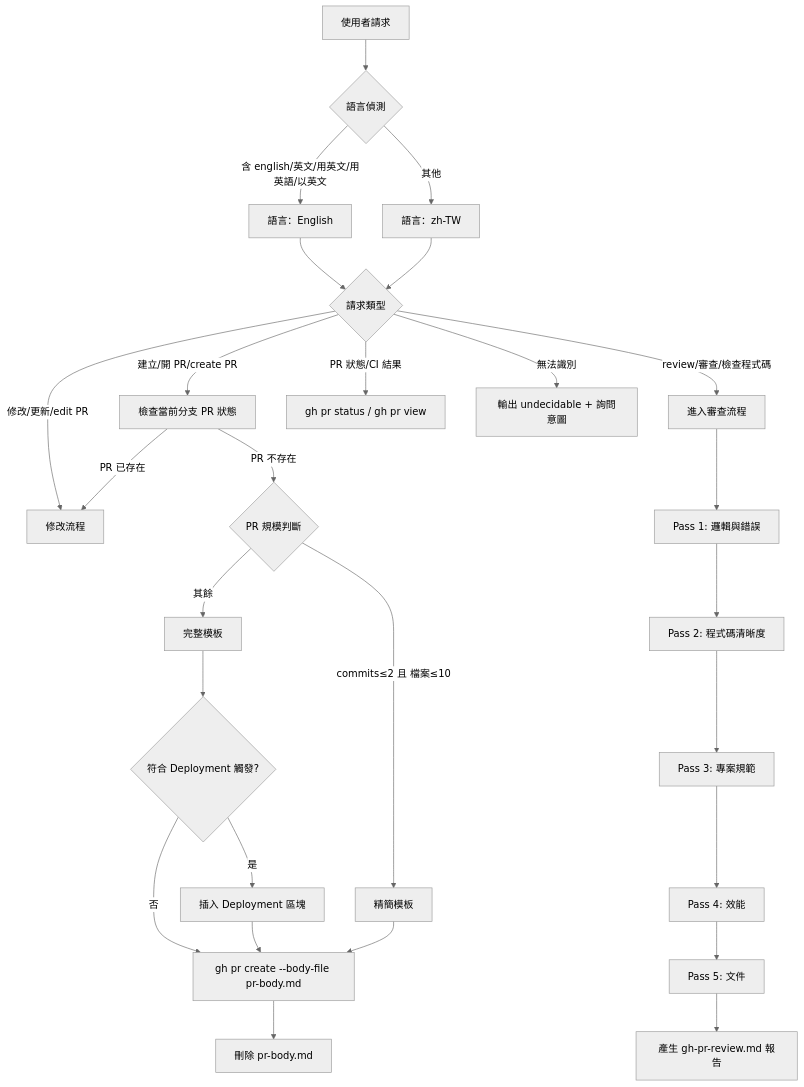
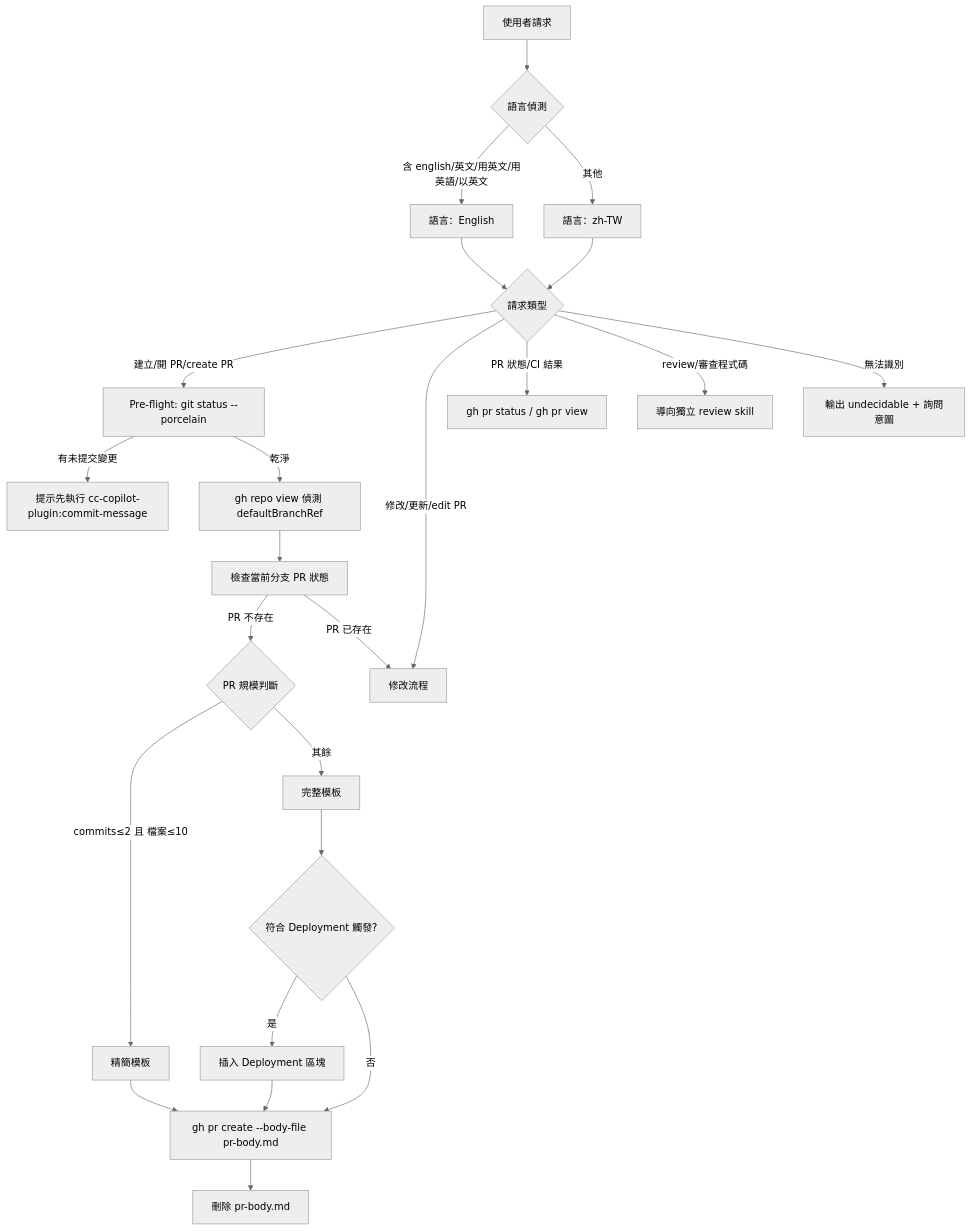
The diagram in plugins/cc-copilot-plugin/skills/pull-request/SKILL.md (gn00678465/cc-copilot-plugins), drawn with Mermaid (neutral theme) before and after one commit. The commit also changed other lines of this file and 5 other files, not shown here.

First line of the commit message:
refactor(pull-request): 重構 PR skill 架構並移除 code review 功能

````diff
--- a/plugins/cc-copilot-plugin/skills/pull-request/SKILL.md
+++ b/plugins/cc-copilot-plugin/skills/pull-request/SKILL.md
@@ -24,34 +25,31 @@
 ```mermaid
 graph TD
     A[使用者請求] --> B{語言偵測}
     B -- 含 english/英文/用英文/用英語/以英文 --> LANG_EN[語言：English]
     B -- 其他 --> LANG_ZH[語言：zh-TW]
 
     LANG_EN & LANG_ZH --> C{請求類型}
 
-    C -- 建立/開 PR/create PR --> D[檢查當前分支 PR 狀態]
-    C -- review/審查/檢查程式碼 --> R[進入審查流程]
+    C -- 建立/開 PR/create PR --> PRE[Pre-flight: git status --porcelain]
     C -- 修改/更新/edit PR --> F2[修改流程]
     C -- PR 狀態/CI 結果 --> S[gh pr status / gh pr view]
+    C -- review/審查程式碼 --> OUT[導向獨立 review skill]
     C -- 無法識別 --> UND[輸出 undecidable + 詢問意圖]
+
+    PRE -- 有未提交變更 --> STOP[提示先執行 cc-copilot-plugin:commit-message]
+    PRE -- 乾淨 --> BASE[gh repo view 偵測 defaultBranchRef]
+    BASE --> D[檢查當前分支 PR 狀態]
 
     D -- PR 不存在 --> E{PR 規模判斷}
     D -- PR 已存在 --> F2
 
     E -- commits≤2 且 檔案≤10 --> G[精簡模板]
     E -- 其餘 --> H[完整模板]
     H --> DEPLOY{符合 Deployment 觸發?}
     DEPLOY -- 是 --> H2[插入 Deployment 區塊]
     DEPLOY -- 否 --> I
     H2 --> I[gh pr create --body-file pr-body.md]
     G --> I
 
     I --> CLEAN[刪除 pr-body.md]
-
-    R --> P1[Pass 1: 邏輯與錯誤]
-    P1 --> P2[Pass 2: 程式碼清晰度]
-    P2 --> P3[Pass 3: 專案規範]
-    P3 --> P4[Pass 4: 效能]
-    P4 --> P5[Pass 5: 文件]
-    P5 --> RPT[產生 gh-pr-review.md 報告]
 ```
````
